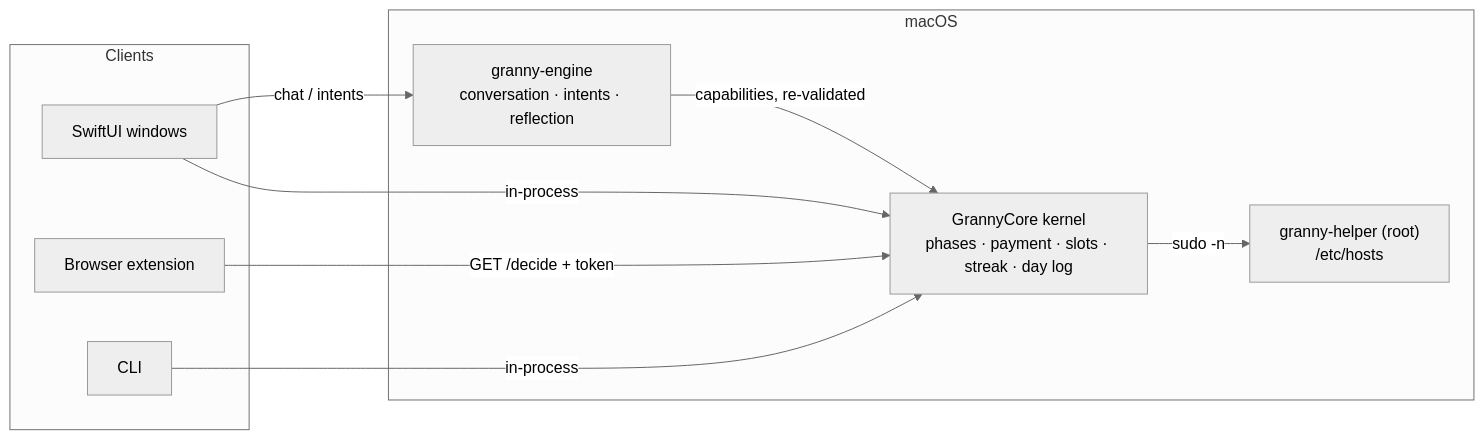
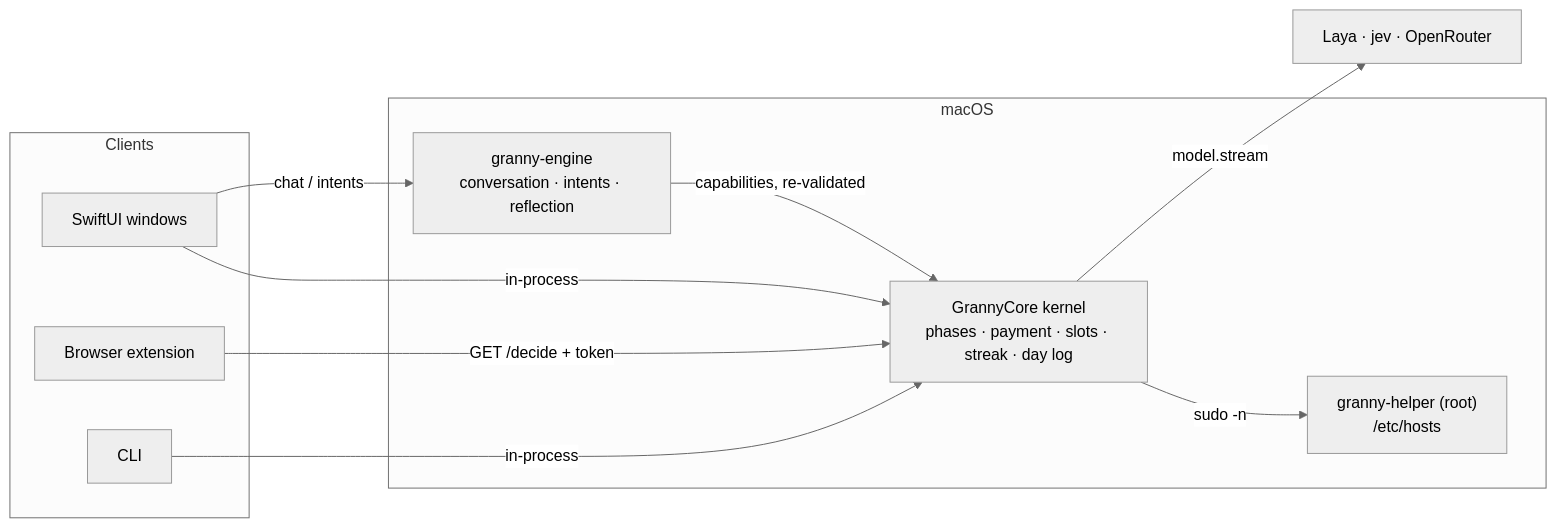
The first of 4 diagrams in docs/ENGINE.md (HappyVoxel/granny), drawn with Mermaid (neutral theme) before and after one commit. The commit also changed other lines of this file, not shown here.

First line of the commit message:
docs: the engine is Rust, and the kernel makes the model calls

````diff
--- a/docs/ENGINE.md
+++ b/docs/ENGINE.md
@@ -24,19 +24,20 @@
 ```mermaid
 flowchart LR
     subgraph clients[Clients]
         UI[SwiftUI windows]
         EXT[Browser extension]
         CLI[CLI]
     end
     subgraph mac[macOS]
         ENG["granny-engine<br/>conversation · intents · reflection"]
         KER["GrannyCore kernel<br/>phases · payment · slots · streak · day log"]
         HELP["granny-helper (root)<br/>/etc/hosts"]
     end
     UI -->|"chat / intents"| ENG
     UI -->|in-process| KER
     EXT -->|"GET /decide + token"| KER
     CLI -->|in-process| KER
     ENG -->|"capabilities, re-validated"| KER
+    KER -->|"model.stream"| LLM["Laya · jev · OpenRouter"]
     KER -->|"sudo -n"| HELP
 ```
````
